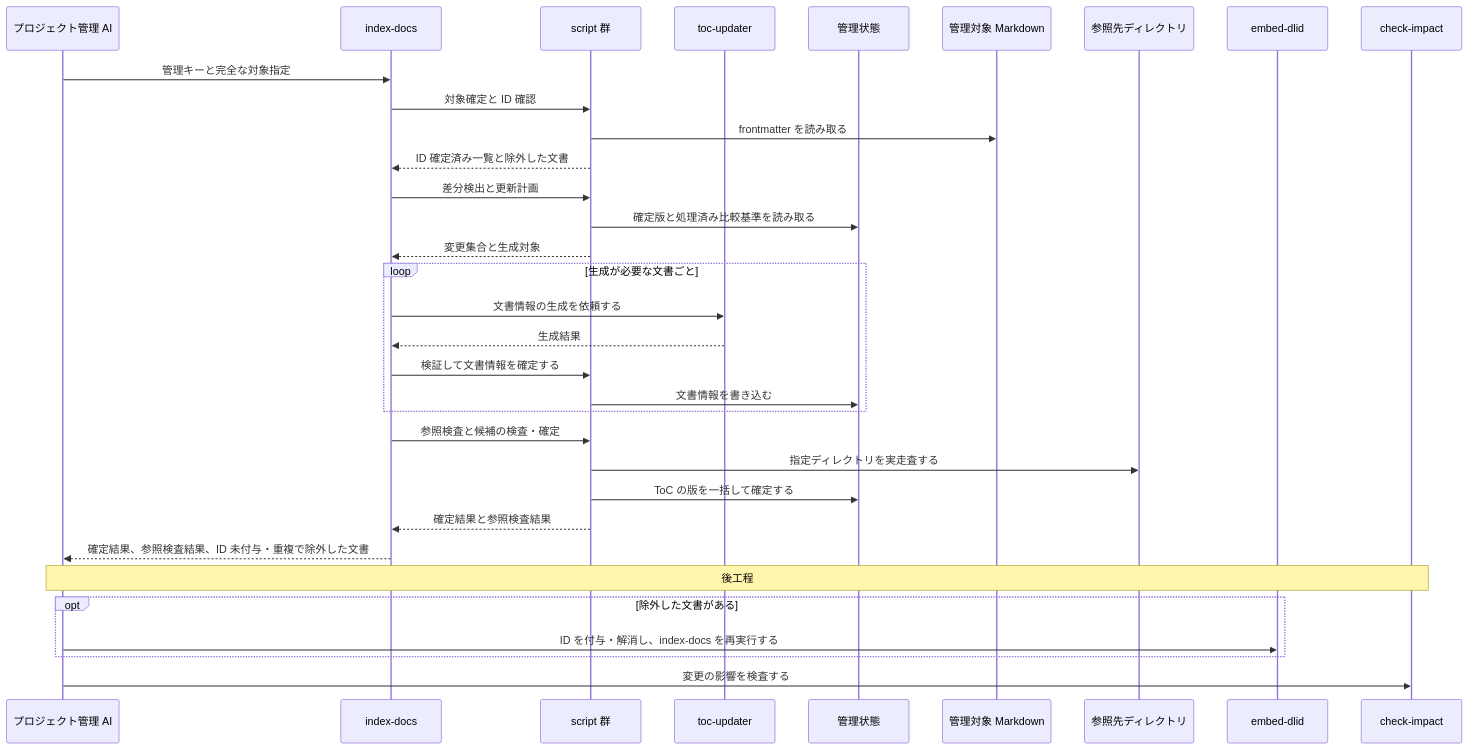
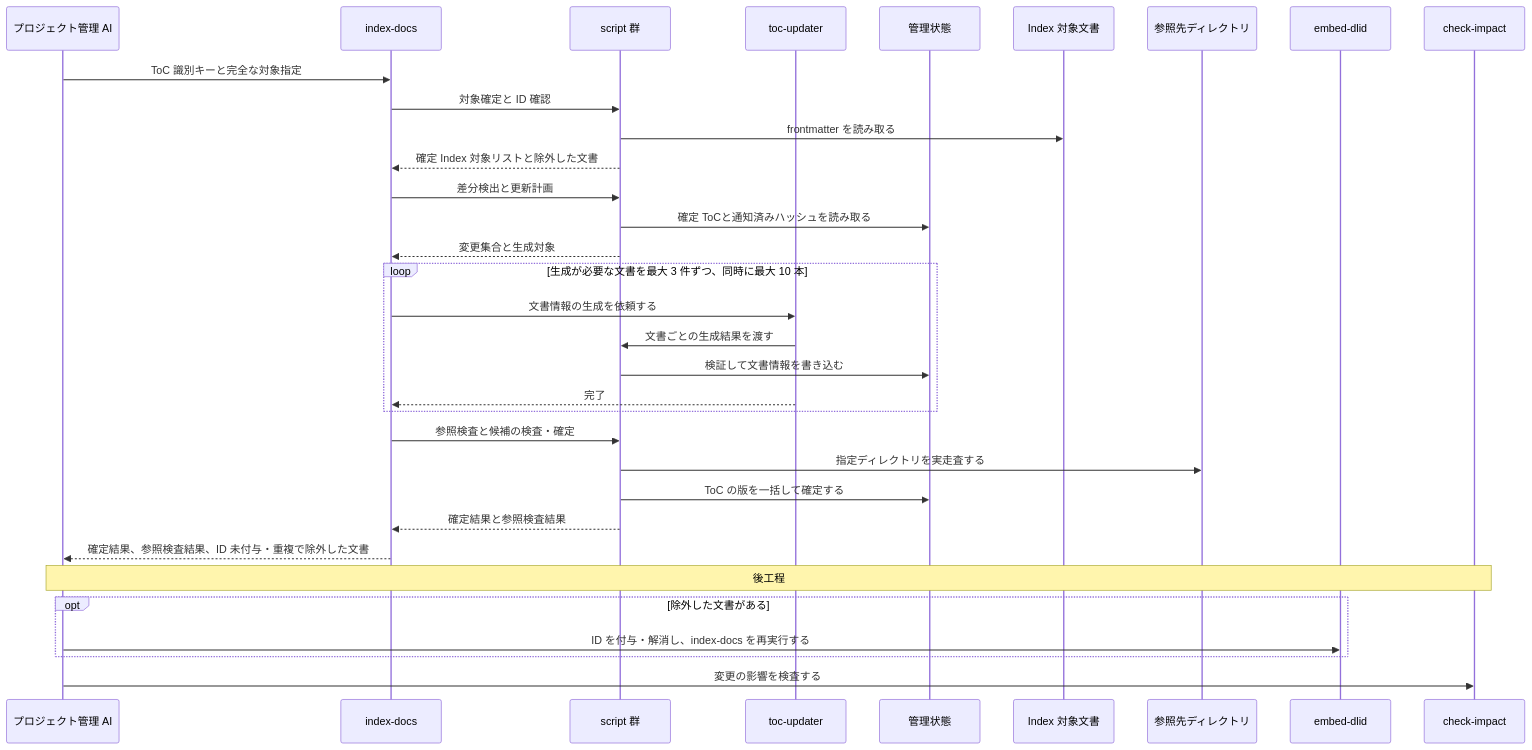
The third of 9 diagrams in docs/specs/design/DES-010_skill-composition.md (BlueEventHorizon/doc-link), drawn with Mermaid before and after one commit. The commit also changed other lines of this file and 23 other files, not shown here.

````diff
--- a/docs/specs/design/DES-010_skill-composition.md
+++ b/docs/specs/design/DES-010_skill-composition.md
@@ -169,36 +171,36 @@
 ```mermaid
 sequenceDiagram
     participant PM as プロジェクト管理 AI
     participant Skill as index-docs
     participant Scripts as script 群
     participant Agent as toc-updater
     participant State as 管理状態
-    participant Docs as 管理対象 Markdown
+    participant Docs as Index 対象文書
     participant RefDirs as 参照先ディレクトリ
     participant Embed as embed-dlid
     participant Impact as check-impact
 
-    PM->>Skill: 管理キーと完全な対象指定
+    PM->>Skill: ToC 識別キーと完全な対象指定
     Skill->>Scripts: 対象確定と ID 確認
     Scripts->>Docs: frontmatter を読み取る
-    Scripts-->>Skill: ID 確定済み一覧と除外した文書
+    Scripts-->>Skill: 確定 Index 対象リストと除外した文書
     Skill->>Scripts: 差分検出と更新計画
-    Scripts->>State: 確定版と処理済み比較基準を読み取る
+    Scripts->>State: 確定 ToCと通知済みハッシュを読み取る
     Scripts-->>Skill: 変更集合と生成対象
-    loop 生成が必要な文書ごと
+    loop 生成が必要な文書を最大 3 件ずつ、同時に最大 10 本
         Skill->>Agent: 文書情報の生成を依頼する
-        Agent-->>Skill: 生成結果
-        Skill->>Scripts: 検証して文書情報を確定する
-        Scripts->>State: 文書情報を書き込む
+        Agent->>Scripts: 文書ごとの生成結果を渡す
+        Scripts->>State: 検証して文書情報を書き込む
+        Agent-->>Skill: 完了
     end
     Skill->>Scripts: 参照検査と候補の検査・確定
     Scripts->>RefDirs: 指定ディレクトリを実走査する
     Scripts->>State: ToC の版を一括して確定する
     Scripts-->>Skill: 確定結果と参照検査結果
     Skill-->>PM: 確定結果、参照検査結果、ID 未付与・重複で除外した文書
     Note over PM,Impact: 後工程
     opt 除外した文書がある
         PM->>Embed: ID を付与・解消し、index-docs を再実行する
     end
     PM->>Impact: 変更の影響を検査する
 ```
````
